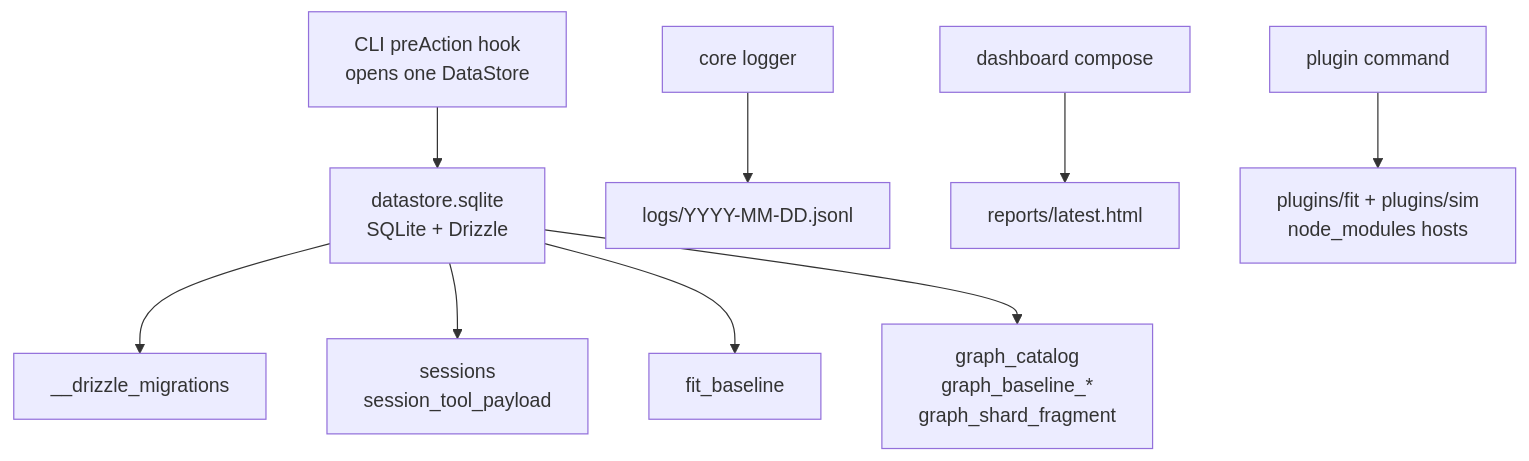
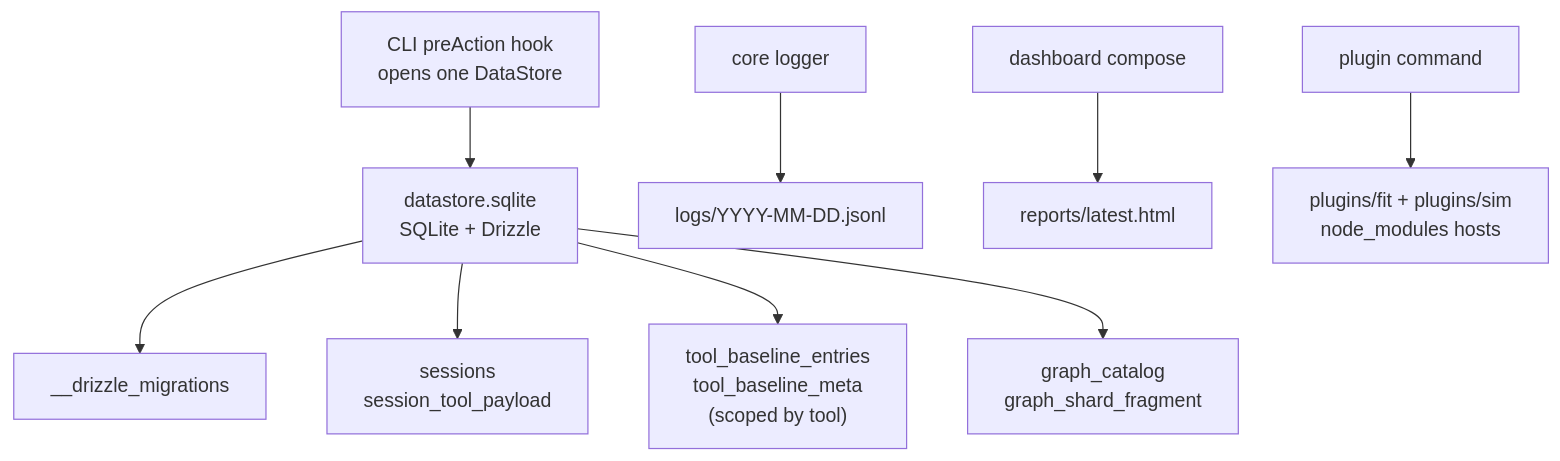
One commit to opensip-ai/opensip-cli changed the diagram in docs/public/80-implementation/03-session-and-persistence.md. Above: the diagram before and after it, drawn with Mermaid. The commit also changed other lines of this file and 49 other files, not shown here.

````diff
--- a/docs/public/80-implementation/03-session-and-persistence.md
+++ b/docs/public/80-implementation/03-session-and-persistence.md
@@ -76,26 +75,26 @@
 ```mermaid
 flowchart TB
   CLI["CLI preAction hook<br/>opens one DataStore"]
   Store["datastore.sqlite<br/>SQLite + Drizzle"]
   Migrations["__drizzle_migrations"]
   Sessions["sessions<br/>session_tool_payload"]
-  Fit["fit_baseline"]
-  Graph["graph_catalog<br/>graph_baseline_*<br/>graph_shard_fragment"]
+  Baselines["tool_baseline_entries<br/>tool_baseline_meta<br/>(scoped by tool)"]
+  Graph["graph_catalog<br/>graph_shard_fragment"]
 
   Logger["core logger"]
   Logs["logs/YYYY-MM-DD.jsonl"]
   Dashboard["dashboard compose"]
   Report["reports/latest.html"]
   Plugins["plugin command"]
   PluginDirs["plugins/fit + plugins/sim<br/>node_modules hosts"]
 
   CLI --> Store
   Store --> Migrations
   Store --> Sessions
-  Store --> Fit
+  Store --> Baselines
   Store --> Graph
 
   Logger --> Logs
   Dashboard --> Report
   Plugins --> PluginDirs
 ```
````
